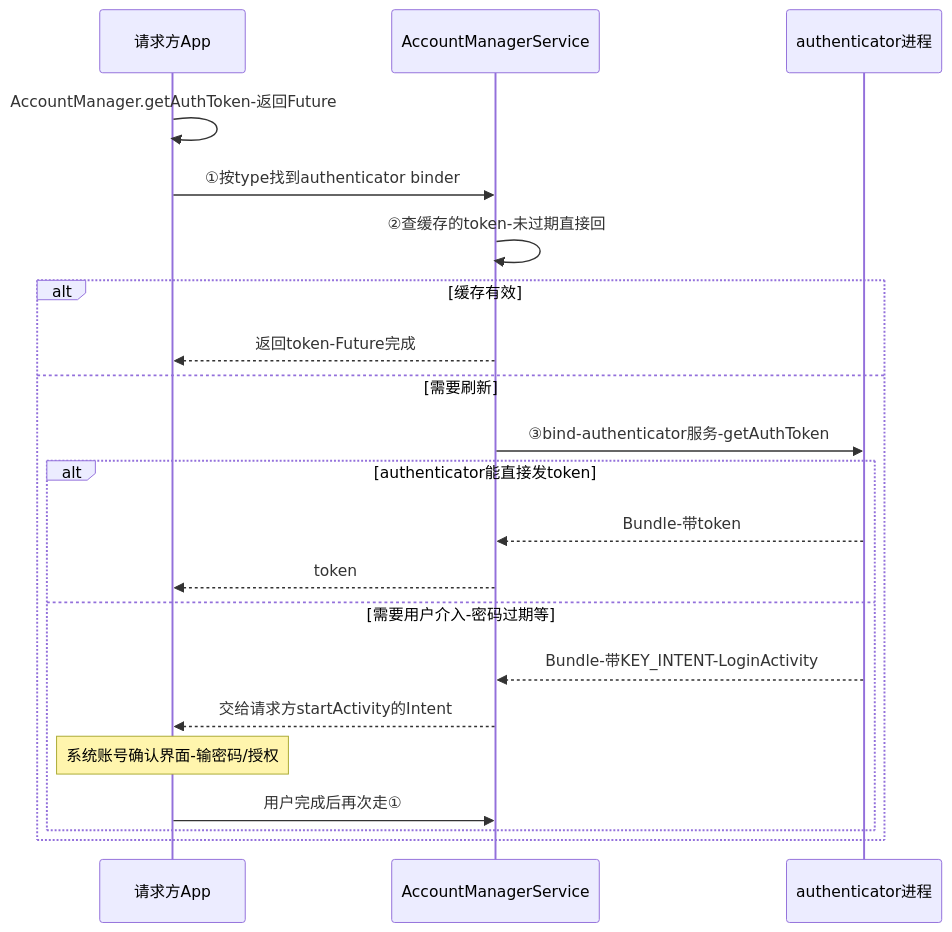
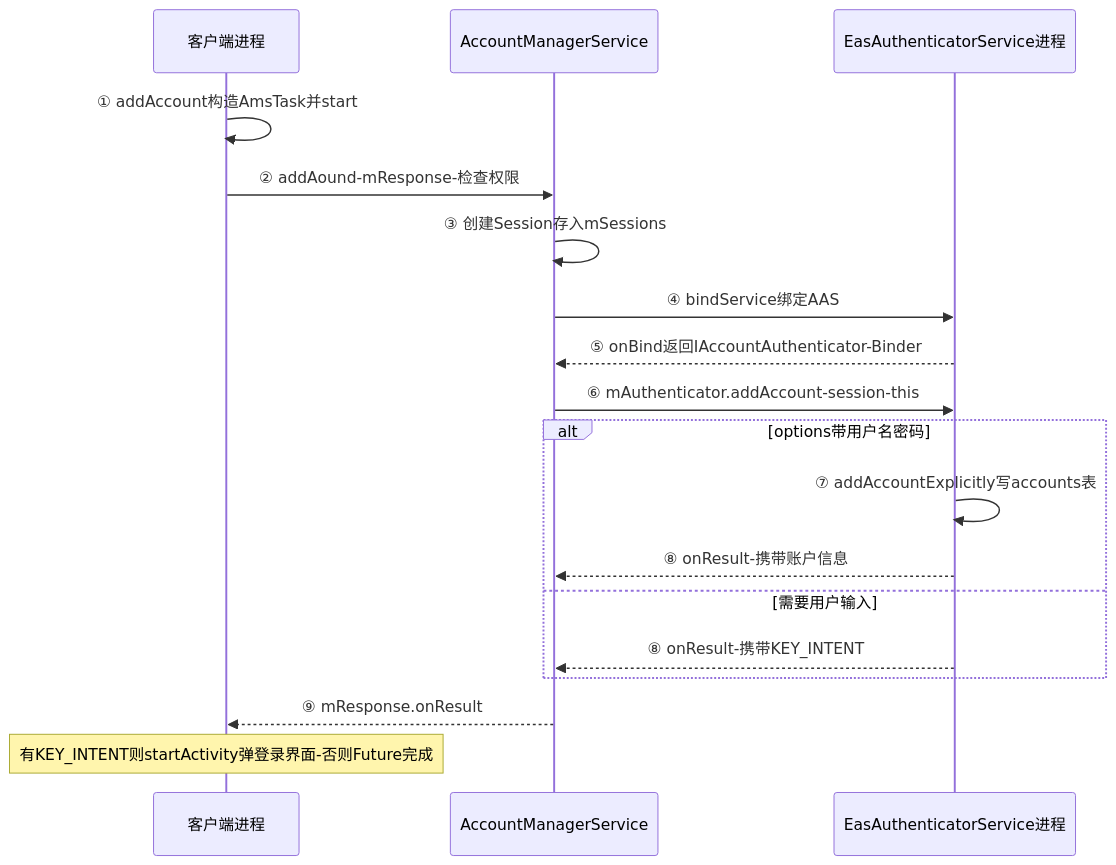
Before and after one commit to coswit/coswit.github.io: the seventh of 10 diagrams in Android/深入理解Android卷II/07-深入理解ContentService和AccountManagerService.md, drawn with Mermaid. The commit also changed other lines of this file and 7 other files, not shown here.

````diff
--- a/Android/深入理解Android卷II/07-深入理解ContentService和AccountManagerService.md
+++ b/Android/深入理解Android卷II/07-深入理解ContentService和AccountManagerService.md
@@ -110,23 +860,20 @@
 ```mermaid
 sequenceDiagram
-    participant App as 请求方App
+    participant App as 客户端进程
     participant AMSvc as AccountManagerService
-    participant Auth as authenticator进程
-    App->>App: AccountManager.getAuthToken-返回Future
-    App->>AMSvc: ①按type找到authenticator binder
-    AMSvc->>AMSvc: ②查缓存的token-未过期直接回
-    alt 缓存有效
-        AMSvc-->>App: 返回token-Future完成
-    else 需要刷新
-        AMSvc->>Auth: ③bind-authenticator服务-getAuthToken
-        alt authenticator能直接发token
-            Auth-->>AMSvc: Bundle-带token
-            AMSvc-->>App: token
-        else 需要用户介入-密码过期等
-            Auth-->>AMSvc: Bundle-带KEY_INTENT-LoginActivity
-            AMSvc-->>App: 交给请求方startActivity的Intent
-            Note over App: 系统账号确认界面-输密码/授权
-            App->>AMSvc: 用户完成后再次走①
-        end
+    participant AAS as EasAuthenticatorService进程
+    App->>App: ① addAccount构造AmsTask并start
+    App->>AMSvc: ② addAound-mResponse-检查权限
+    AMSvc->>AMSvc: ③ 创建Session存入mSessions
+    AMSvc->>AAS: ④ bindService绑定AAS
+    AAS-->>AMSvc: ⑤ onBind返回IAccountAuthenticator-Binder
+    AMSvc->>AAS: ⑥ mAuthenticator.addAccount-session-this
+    alt options带用户名密码
+        AAS->>AAS: ⑦ addAccountExplicitly写accounts表
+        AAS-->>AMSvc: ⑧ onResult-携带账户信息
+    else 需要用户输入
+        AAS-->>AMSvc: ⑧ onResult-携带KEY_INTENT
     end
+    AMSvc-->>App: ⑨ mResponse.onResult
+    Note over App: 有KEY_INTENT则startActivity弹登录界面-否则Future完成
 ```
````
